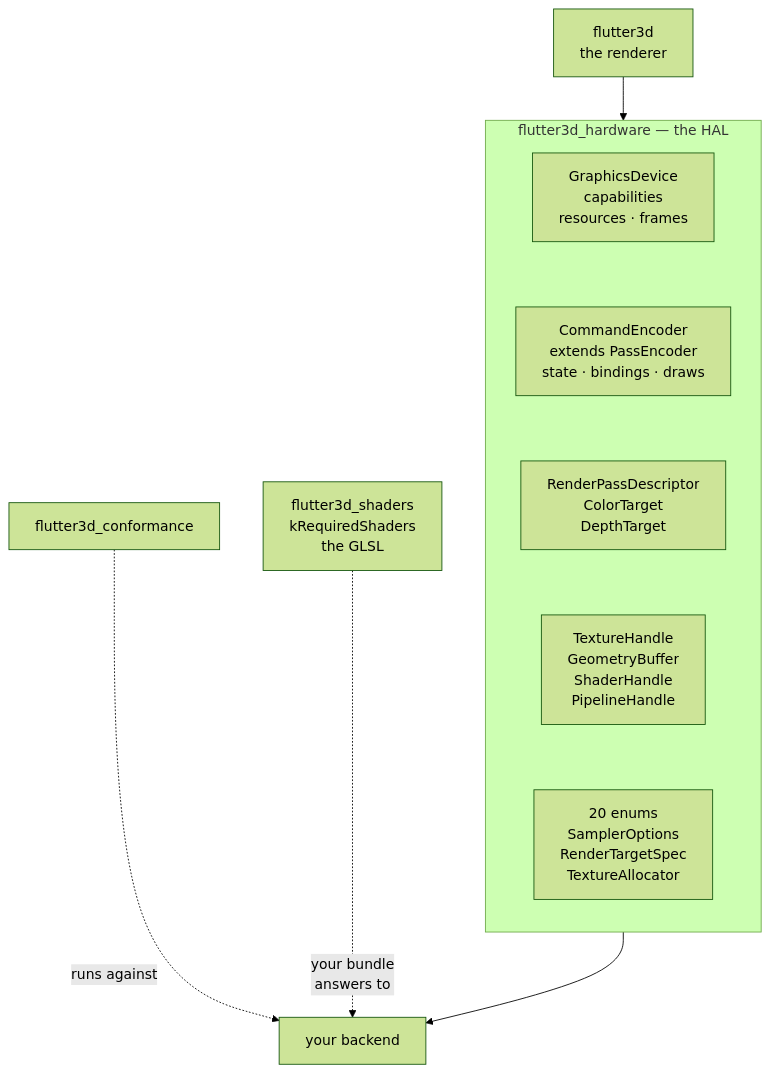
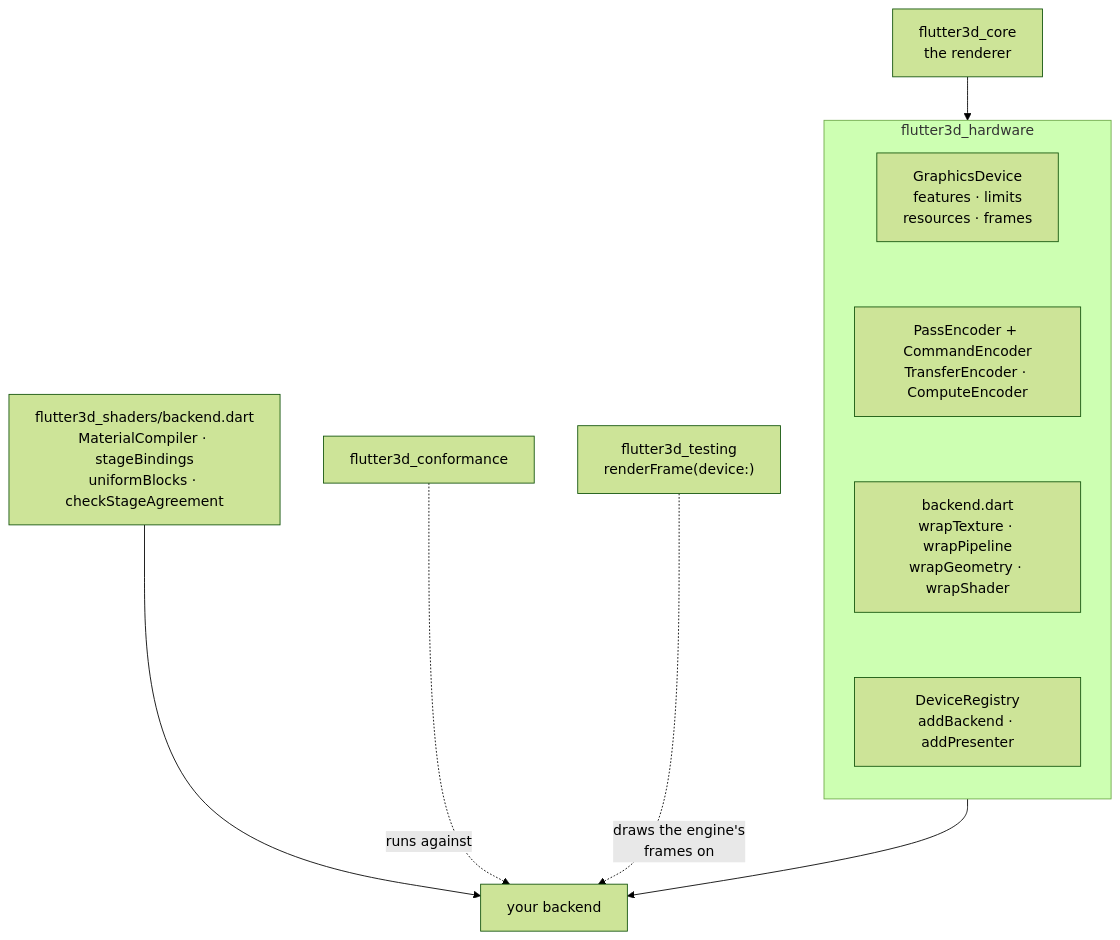
Before and after one commit to pleiondev/flutter3d: the diagram in site/content/core/backends.md, drawn with Mermaid (forest theme). The commit also changed other lines of this file and 1 other file, not shown here.

First line of the commit message:
The backend author's guide is written for 1.0

````diff
--- a/site/content/core/backends.md
+++ b/site/content/core/backends.md
@@ -29,18 +34,18 @@
 ```mermaid
 flowchart TB
-  engine["flutter3d<br>the renderer"] --> hal
+  engine["flutter3d_core<br>the renderer"] --> hal
 
-  subgraph hal["flutter3d_hardware — the HAL"]
+  subgraph hal["flutter3d_hardware"]
     direction TB
-    device["GraphicsDevice<br>capabilities<br>resources · frames"]
-    enc["CommandEncoder<br>extends PassEncoder<br>state · bindings · draws"]
-    desc["RenderPassDescriptor<br>ColorTarget<br>DepthTarget"]
-    handles["TextureHandle<br>GeometryBuffer<br>ShaderHandle<br>PipelineHandle"]
-    vocab["20 enums<br>SamplerOptions<br>RenderTargetSpec<br>TextureAllocator"]
-    device ~~~ enc ~~~ desc ~~~ handles ~~~ vocab
+    device["GraphicsDevice<br>features · limits<br>resources · frames"]
+    enc["PassEncoder + CommandEncoder<br>TransferEncoder · ComputeEncoder"]
+    backend["backend.dart<br>wrapTexture · wrapPipeline<br>wrapGeometry · wrapShader"]
+    registry["DeviceRegistry<br>addBackend · addPresenter"]
+    device ~~~ enc ~~~ backend ~~~ registry
   end
 
   hal --> yours["your backend"]
+  shaders["flutter3d_shaders/backend.dart<br>MaterialCompiler · stageBindings<br>uniformBlocks · checkStageAgreement"] --> yours
   conf["flutter3d_conformance"] -.->|"runs against"| yours
-  shaders["flutter3d_shaders<br>kRequiredShaders<br>the GLSL"] -.->|"your bundle<br>answers to"| yours
+  testing["flutter3d_testing<br>renderFrame(device:)"] -.->|"draws the engine's<br>frames on"| yours
 ```
````
